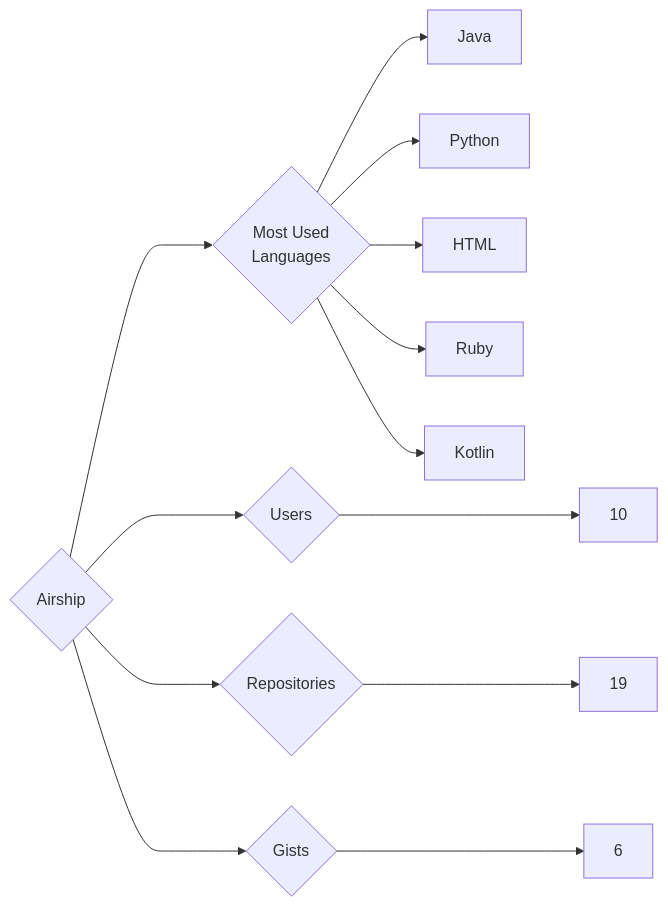
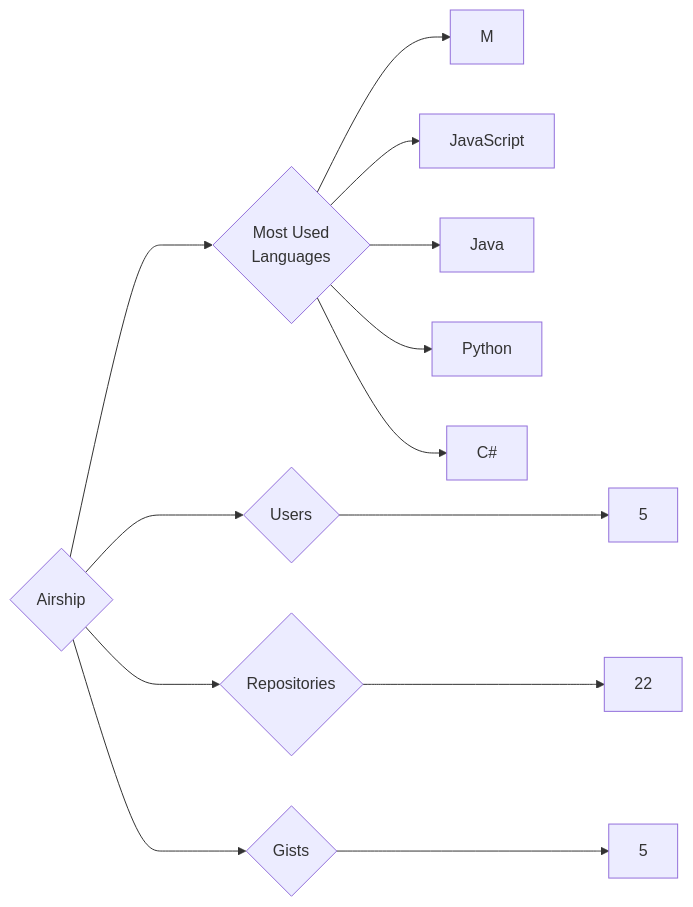
The diagram in targets/Airship/README.md (trickest/insiders), drawn with Mermaid before and after one commit. The commit also changed 682 other files, not shown here.

````diff
--- a/targets/Airship/README.md
+++ b/targets/Airship/README.md
@@ -3,13 +3,13 @@
 ```mermaid
 graph LR
 COMPANY_NAME{Airship}
-COMPANY_NAME ---> U{Users} ---> UN[10]
-COMPANY_NAME ---> R{Repositories} ---> RN[19]
-COMPANY_NAME ---> G{Gists} ---> GN[6]
+COMPANY_NAME ---> U{Users} ---> UN[5]
+COMPANY_NAME ---> R{Repositories} ---> RN[22]
+COMPANY_NAME ---> G{Gists} ---> GN[5]
 COMPANY_NAME ---> ML{Most Used<br>Languages}
+ML --> M[M]
+ML --> JavaScript[JavaScript]
 ML --> Java[Java]
 ML --> Python[Python]
-ML --> HTML[HTML]
-ML --> Ruby[Ruby]
-ML --> Kotlin[Kotlin]
+ML --> C#[C#]
 ```
````
